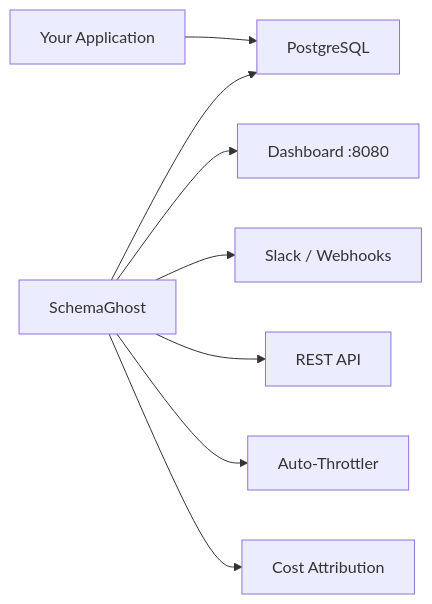
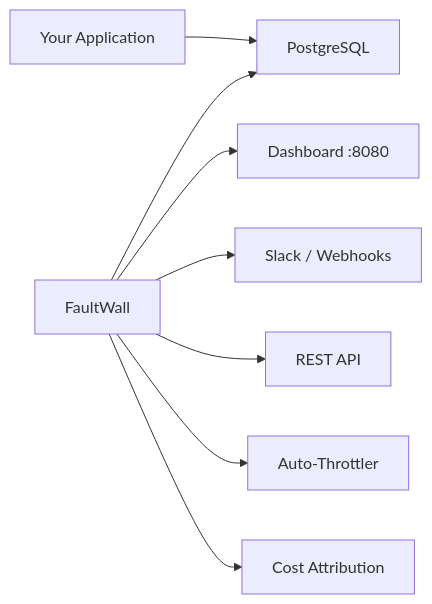
One commit to shreyasXV/schemaghost changed the diagram in README.md. Above: the diagram before and after it, drawn with Mermaid. The commit also changed other lines of this file and 29 other files, not shown here.

First line of the commit message:
rebrand: SchemaGhost → FaultWall

````diff
--- a/README.md
+++ b/README.md
@@ -122,10 +122,10 @@
 ```mermaid
 graph LR
     App["Your Application"] --> PG["PostgreSQL"]
-    SG["SchemaGhost"] --> PG
+    SG["FaultWall"] --> PG
     SG --> Dashboard["Dashboard :8080"]
     SG --> Alerts["Slack / Webhooks"]
     SG --> API["REST API"]
     SG --> Throttle["Auto-Throttler"]
     SG --> Cost["Cost Attribution"]
 ```
````
